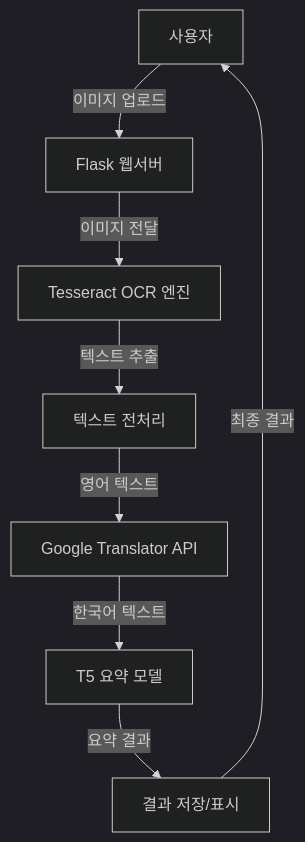
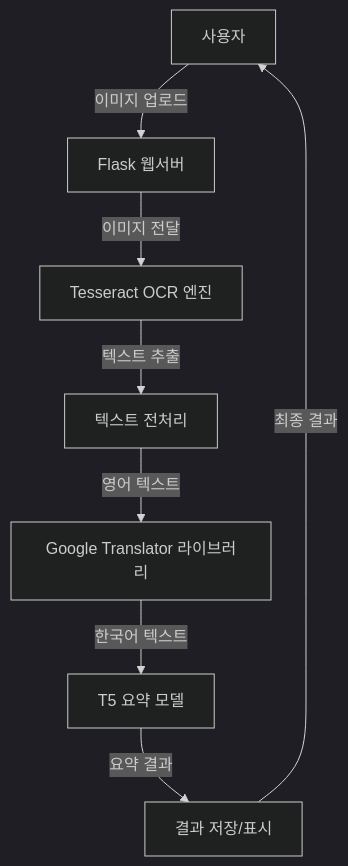
One commit to DONALDSUK/eng_summurize changed the diagram in README.md. Above: the diagram before and after it, drawn with Mermaid (dark theme).

````diff
--- a/README.md
+++ b/README.md
@@ -47,18 +47,18 @@
 ```mermaid
 flowchart TD
     A[사용자]
     B[Flask 웹서버]
     C[Tesseract OCR 엔진]
     D[텍스트 전처리]
-    E[Google Translator API]
+    E[Google Translator 라이브러리]
     F[T5 요약 모델]
     G[결과 저장/표시]
     
     A -->|이미지 업로드| B
     B -->|이미지 전달| C
     C -->|텍스트 추출| D
     D -->|영어 텍스트| E
     E -->|한국어 텍스트| F
     F -->|요약 결과| G
     G -->|최종 결과| A
 ```
````
